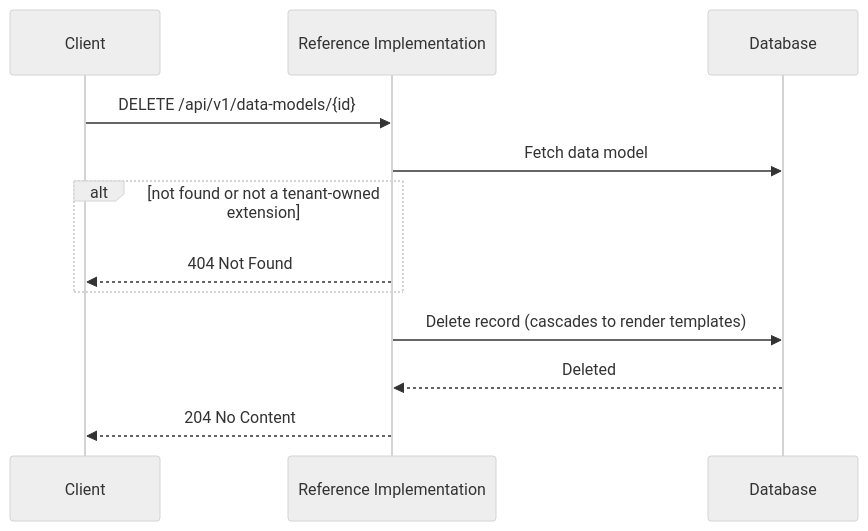
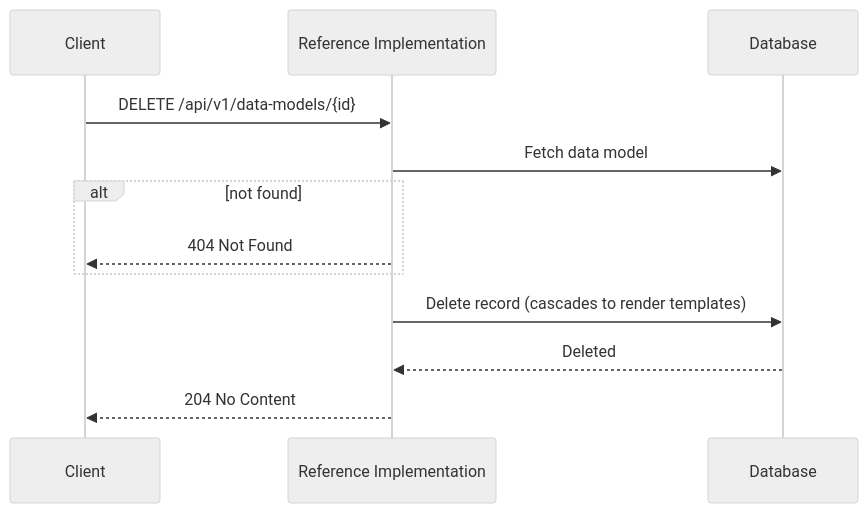
The fourth of 4 diagrams in documentation/docs/reference-implementation/api/data-models.md (uncefact/tests-untp), drawn with Mermaid (neutral theme) before and after one commit. The commit also changed other lines of this file and 52 other files, not shown here.

````diff
--- a/documentation/docs/reference-implementation/api/data-models.md
+++ b/documentation/docs/reference-implementation/api/data-models.md
@@ -209,15 +209,15 @@
 ```mermaid
 sequenceDiagram
     participant Client
     participant RI as Reference Implementation
     participant DB as Database
 
     Client->>RI: DELETE /api/v1/data-models/{id}
     RI->>DB: Fetch data model
-    alt not found or not a tenant-owned extension
+    alt not found
         RI-->>Client: 404 Not Found
     end
     RI->>DB: Delete record (cascades to render templates)
     DB-->>RI: Deleted
     RI-->>Client: 204 No Content
 ```
````
